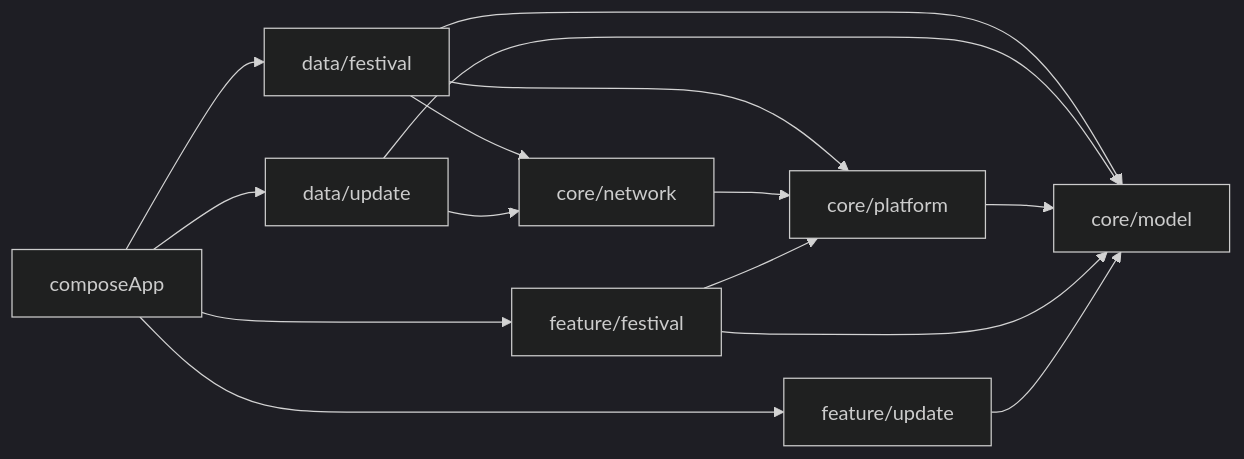
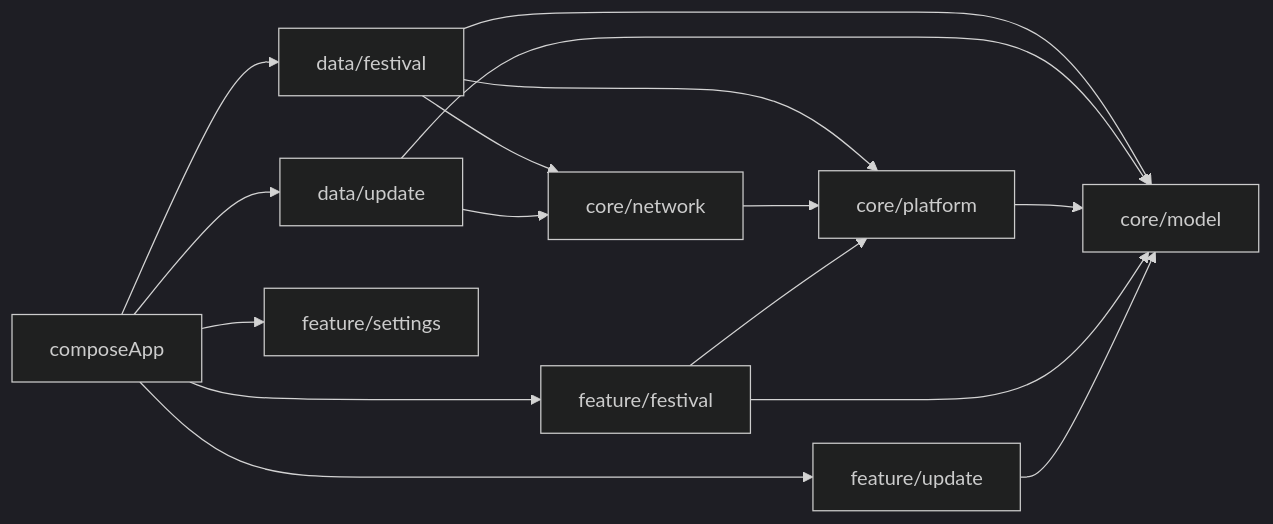
One commit to Flobsterable/cosplay-2 changed the diagram in docs/architecture.md. Above: the diagram before and after it, drawn with Mermaid (dark theme). The commit also changed other lines of this file and 9 other files, not shown here.

````diff
--- a/docs/architecture.md
+++ b/docs/architecture.md
@@ -35,17 +37,18 @@
 ```mermaid
 flowchart LR
   App[composeApp] --> DF[data/festival]
   App --> DU[data/update]
   App --> FF[feature/festival]
   App --> FU[feature/update]
+  App --> FS[feature/settings]
   DF --> N[core/network]
   DF --> P[core/platform]
   DF --> M[core/model]
   DU --> N
   DU --> M
   N --> P
   P --> M
   FF --> P
   FF --> M
   FU --> M
 ```
````
